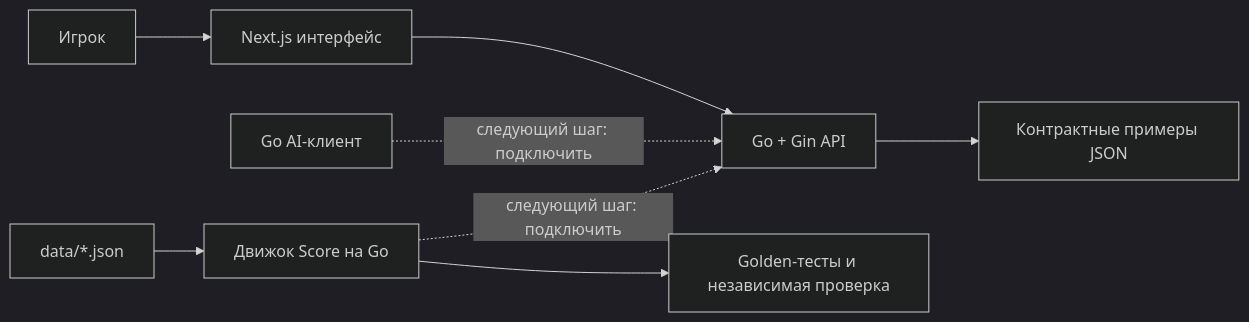
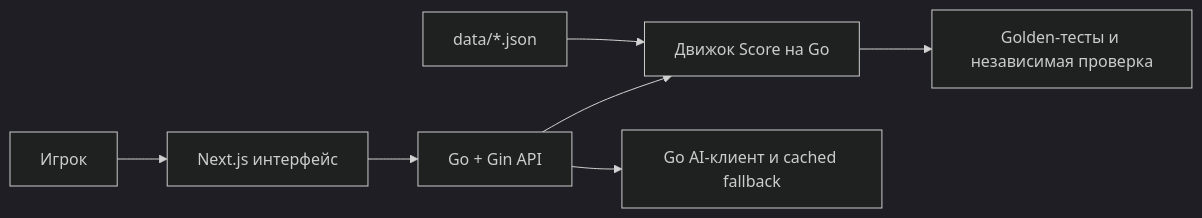
One commit to BAITC-Hacks/hack-2e79658e-nosleep-dev changed the diagram in README.md. Above: the diagram before and after it, drawn with Mermaid (dark theme). The commit also changed other lines of this file and 66 other files, not shown here.

```diff
--- a/README.md
+++ b/README.md
@@ -156,10 +160,9 @@
 ~~~mermaid
 flowchart LR
     Player[Игрок] --> Web[Next.js интерфейс]
     Web --> API[Go + Gin API]
-    API --> Fixtures[Контрактные примеры JSON]
-    Data[data/*.json] --> Engine[Движок Score на Go]
+    API --> Engine[Движок Score на Go]
+    API --> LLM[Go AI-клиент и cached fallback]
+    Data[data/*.json] --> Engine
     Engine --> Tests[Golden-тесты и независимая проверка]
-    LLM[Go AI-клиент] -. следующий шаг: подключить .-> API
-    Engine -. следующий шаг: подключить .-> API
 ~~~
```
